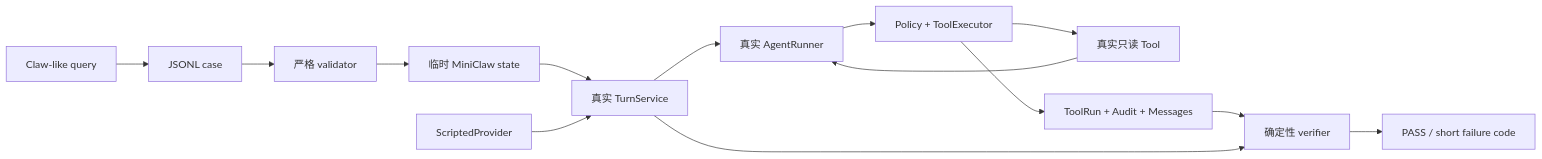
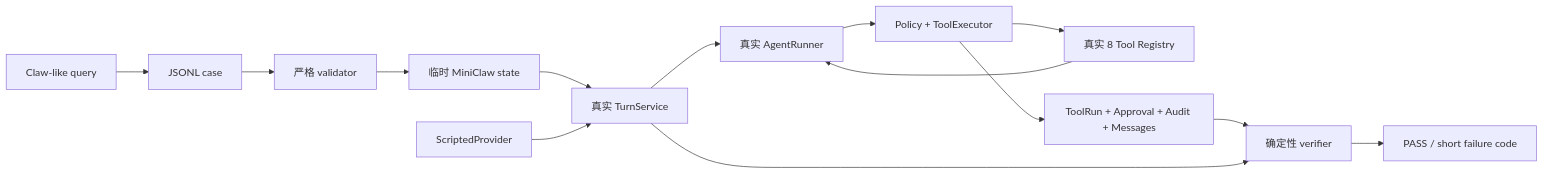
Before and after one commit to NEDONION/lobster0: the first of 2 diagrams in docs/engineering/phase-2/agent-regression-evals.md, drawn with Mermaid. The commit also changed other lines of this file and 19 other files, not shown here.

````diff
--- a/docs/engineering/phase-2/agent-regression-evals.md
+++ b/docs/engineering/phase-2/agent-regression-evals.md
@@ -18,16 +18,16 @@
 ```mermaid
 flowchart LR
     QUERY["Claw-like query"] --> CASE["JSONL case"]
     CASE --> VALIDATOR["严格 validator"]
     VALIDATOR --> TEMP["临时 MiniClaw state"]
     TEMP --> TURN["真实 TurnService"]
     SCRIPT["ScriptedProvider"] --> TURN
     TURN --> RUNNER["真实 AgentRunner"]
     RUNNER --> EXEC["Policy + ToolExecutor"]
-    EXEC --> TOOL["真实只读 Tool"]
-    EXEC --> DB["ToolRun + Audit + Messages"]
+    EXEC --> TOOL["真实 8 Tool Registry"]
+    EXEC --> DB["ToolRun + Approval + Audit + Messages"]
     TOOL --> RUNNER
     DB --> VERIFY["确定性 verifier"]
     TURN --> VERIFY
     VERIFY --> RESULT["PASS / short failure code"]
 ```
````
